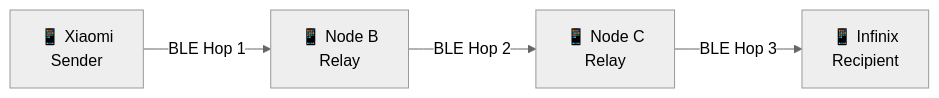
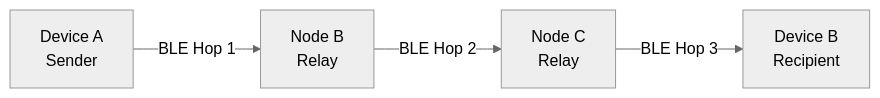
The first of 2 diagrams in PqcMeshChat/README.md (tawassulgoharellahi/pqc-offline-mesh-chat), drawn with Mermaid (neutral theme) before and after one commit. The commit also changed other lines of this file and 1 other file, not shown here.

Commit message:
docs: clean README formatting, remove emojis and replace brand names with generic node identifiers

````diff
--- a/PqcMeshChat/README.md
+++ b/PqcMeshChat/README.md
@@ -94,6 +94,6 @@
 ```mermaid
 graph LR
-    A[📱 Xiaomi<br>Sender] -->|BLE Hop 1| B[📱 Node B<br>Relay]
-    B -->|BLE Hop 2| C[📱 Node C<br>Relay]
-    C -->|BLE Hop 3| D[📱 Infinix<br>Recipient]
+    A[Device A<br>Sender] -->|BLE Hop 1| B[Node B<br>Relay]
+    B -->|BLE Hop 2| C[Node C<br>Relay]
+    C -->|BLE Hop 3| D[Device B<br>Recipient]
 ```
````
